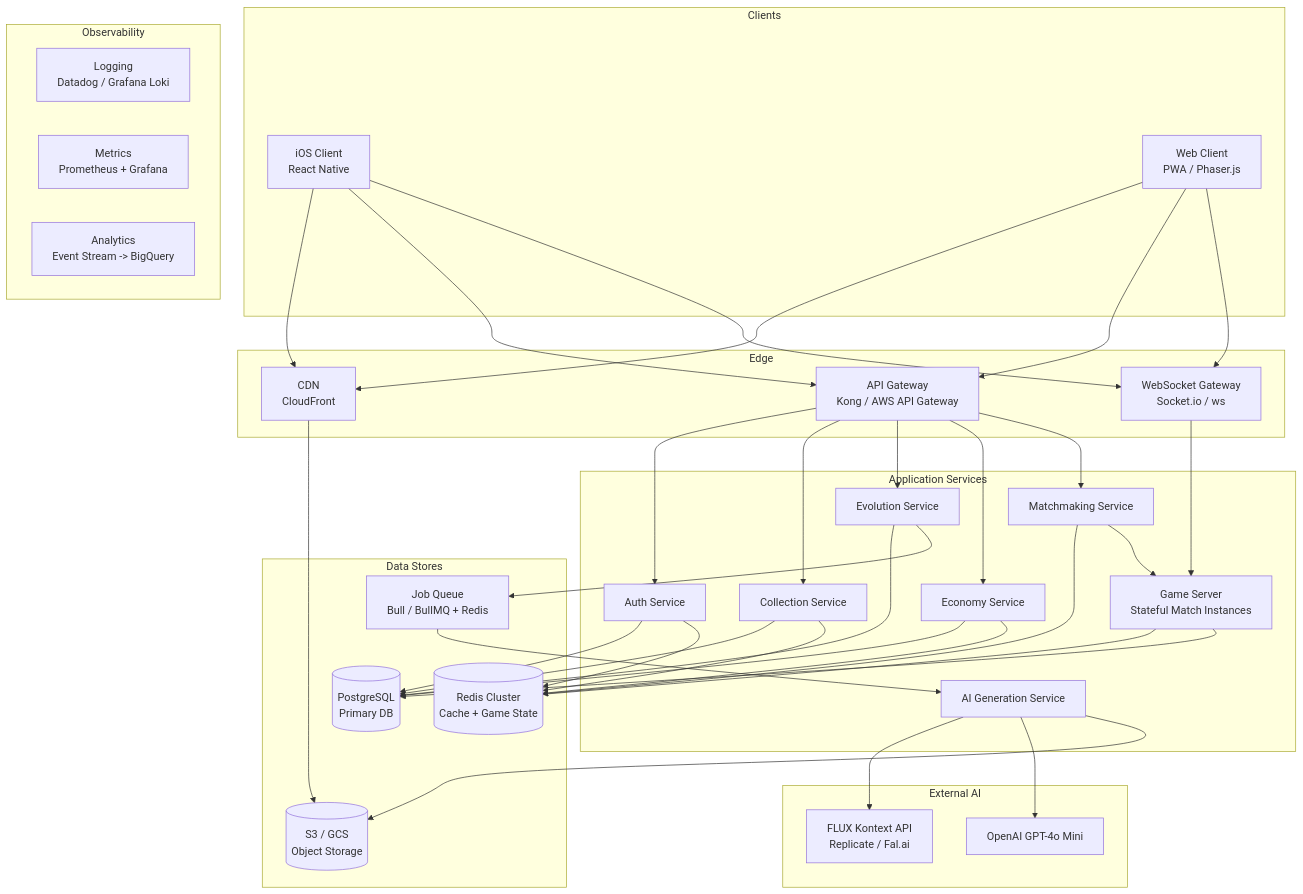
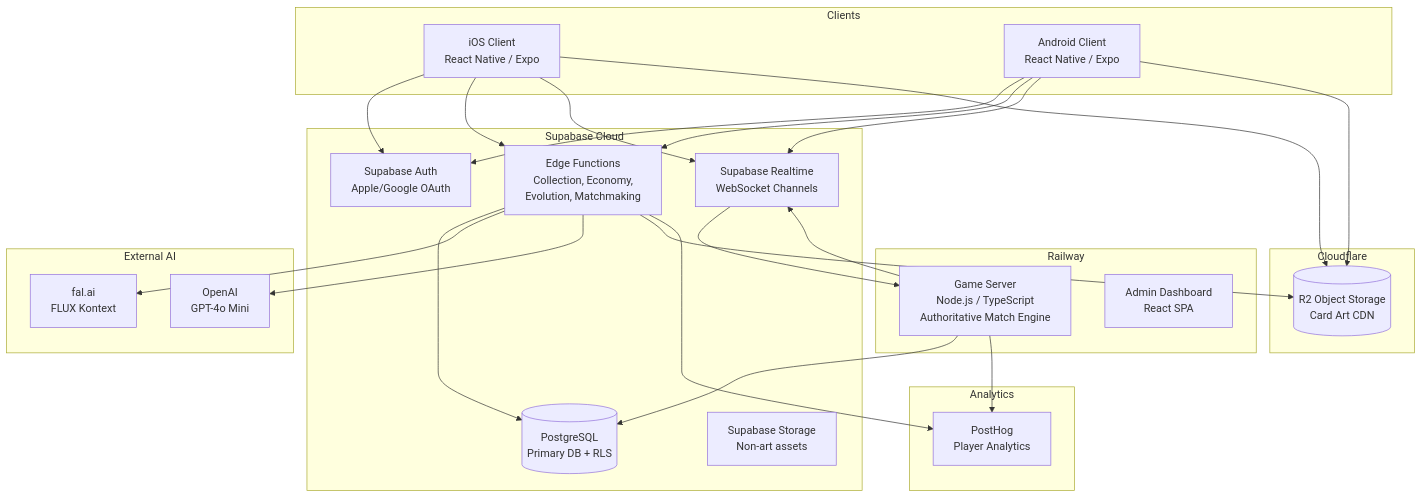
Before and after one commit to asa7388/chaos-creatures: the first of 3 diagrams in docs/design/06-technical-architecture.md, drawn with Mermaid. The commit also changed other lines of this file and 15 other files, not shown here.

````diff
--- a/docs/design/06-technical-architecture.md
+++ b/docs/design/06-technical-architecture.md
@@ -13,76 +15,55 @@
 ```mermaid
 graph TB
     subgraph Clients
-        iOS[iOS Client<br/>React Native]
-        Web[Web Client<br/>PWA / Phaser.js]
+        iOS[iOS Client<br/>React Native / Expo]
+        Android[Android Client<br/>React Native / Expo]
     end
 
-    subgraph Edge
-        CDN[CDN<br/>CloudFront]
-        APIGW[API Gateway<br/>Kong / AWS API Gateway]
-        WS[WebSocket Gateway<br/>Socket.io / ws]
+    subgraph Supabase Cloud
+        AUTH[Supabase Auth<br/>Apple/Google OAuth]
+        PG[(PostgreSQL<br/>Primary DB + RLS)]
+        REALTIME[Supabase Realtime<br/>WebSocket Channels]
+        EDGE[Edge Functions<br/>Collection, Economy,<br/>Evolution, Matchmaking]
+        STORAGE[Supabase Storage<br/>Non-art assets]
     end
 
-    subgraph Application Services
-        AUTH[Auth Service]
-        GAME[Game Server<br/>Stateful Match Instances]
-        COLL[Collection Service]
-        EVO[Evolution Service]
-        ECON[Economy Service]
-        MATCH[Matchmaking Service]
-        AIGEN[AI Generation Service]
+    subgraph Railway
+        GAME[Game Server<br/>Node.js / TypeScript<br/>Authoritative Match Engine]
+        ADMIN[Admin Dashboard<br/>React SPA]
     end
 
-    subgraph Data Stores
-        PG[(PostgreSQL<br/>Primary DB)]
-        REDIS[(Redis Cluster<br/>Cache + Game State)]
-        S3[(S3 / GCS<br/>Object Storage)]
-        MQ[Job Queue<br/>Bull / BullMQ + Redis]
+    subgraph Cloudflare
+        R2[(R2 Object Storage<br/>Card Art CDN)]
     end
 
     subgraph External AI
-        FLUX[FLUX Kontext API<br/>Replicate / Fal.ai]
-        GPT[OpenAI GPT-4o Mini]
+        FAL[fal.ai<br/>FLUX Kontext]
+        GPT[OpenAI<br/>GPT-4o Mini]
     end
 
-    subgraph Observability
-        LOG[Logging<br/>Datadog / Grafana Loki]
-        METRICS[Metrics<br/>Prometheus + Grafana]
-        ANALYTICS[Analytics<br/>Event Stream -> BigQuery]
+    subgraph Analytics
+        PH[PostHog<br/>Player Analytics]
     end
 
-    iOS --> CDN
-    Web --> CDN
-    iOS --> APIGW
-    Web --> APIGW
-    iOS --> WS
-    Web --> WS
+    iOS --> AUTH
+    Android --> AUTH
+    iOS --> EDGE
+    Android --> EDGE
+    iOS --> REALTIME
+    Android --> REALTIME
 
-    CDN --> S3
+    REALTIME --> GAME
+    EDGE --> PG
+    GAME --> PG
+    GAME --> REALTIME
 
-    APIGW --> AUTH
-    APIGW --> COLL
-    APIGW --> EVO
-    APIGW --> ECON
-    APIGW --> MATCH
+    EDGE --> FAL
+    EDGE --> GPT
+    EDGE --> R2
 
-    WS --> GAME
+    GAME --> PH
+    EDGE --> PH
 
-    AUTH --> PG
-    AUTH --> REDIS
-    COLL --> PG
-    COLL --> REDIS
-    EVO --> PG
-    EVO --> MQ
-    ECON --> PG
-    ECON --> REDIS
-    MATCH --> REDIS
-    MATCH --> GAME
-    GAME --> REDIS
-    GAME --> PG
-
-    AIGEN --> FLUX
-    AIGEN --> GPT
-    AIGEN --> S3
-    MQ --> AIGEN
+    iOS --> R2
+    Android --> R2
 ```
````
